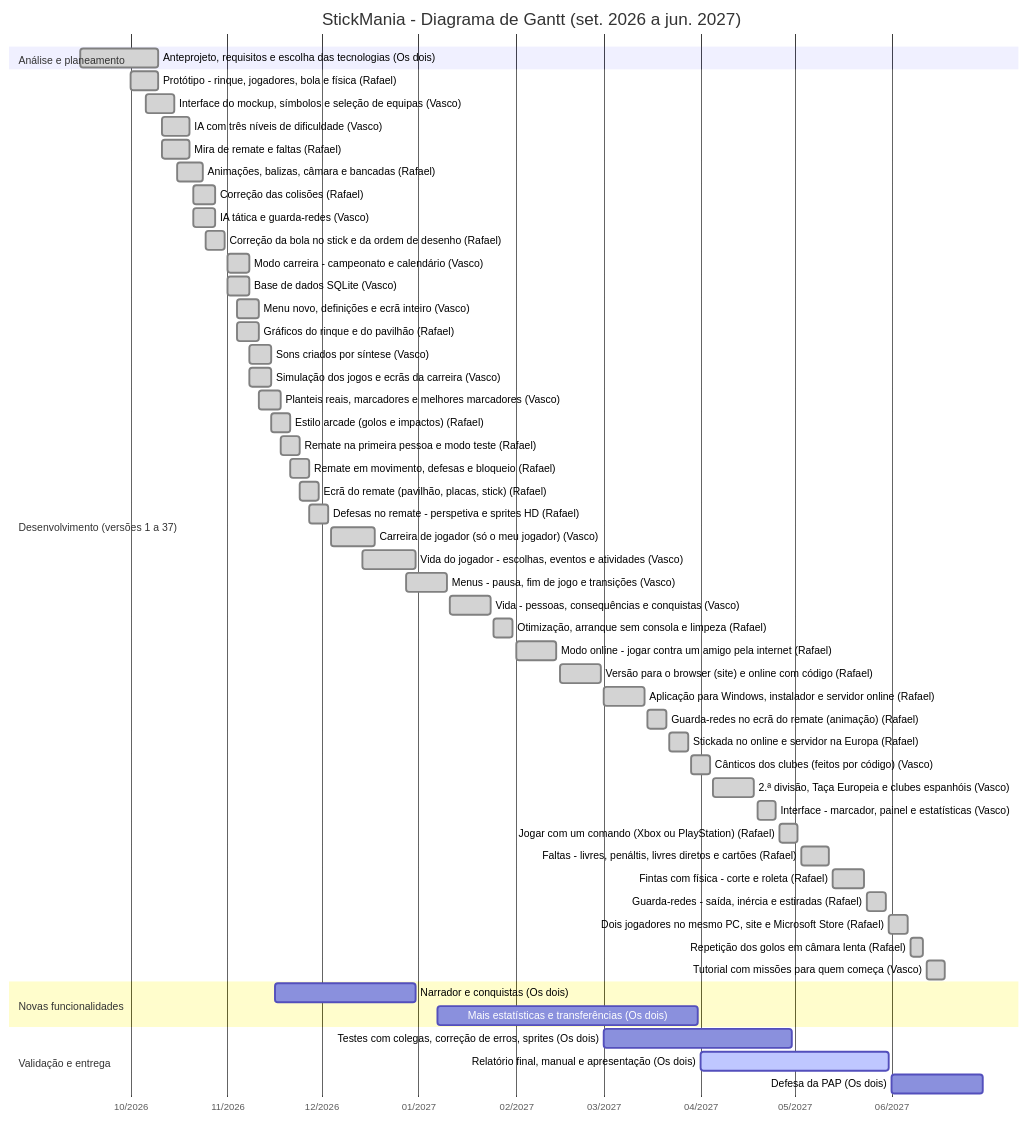
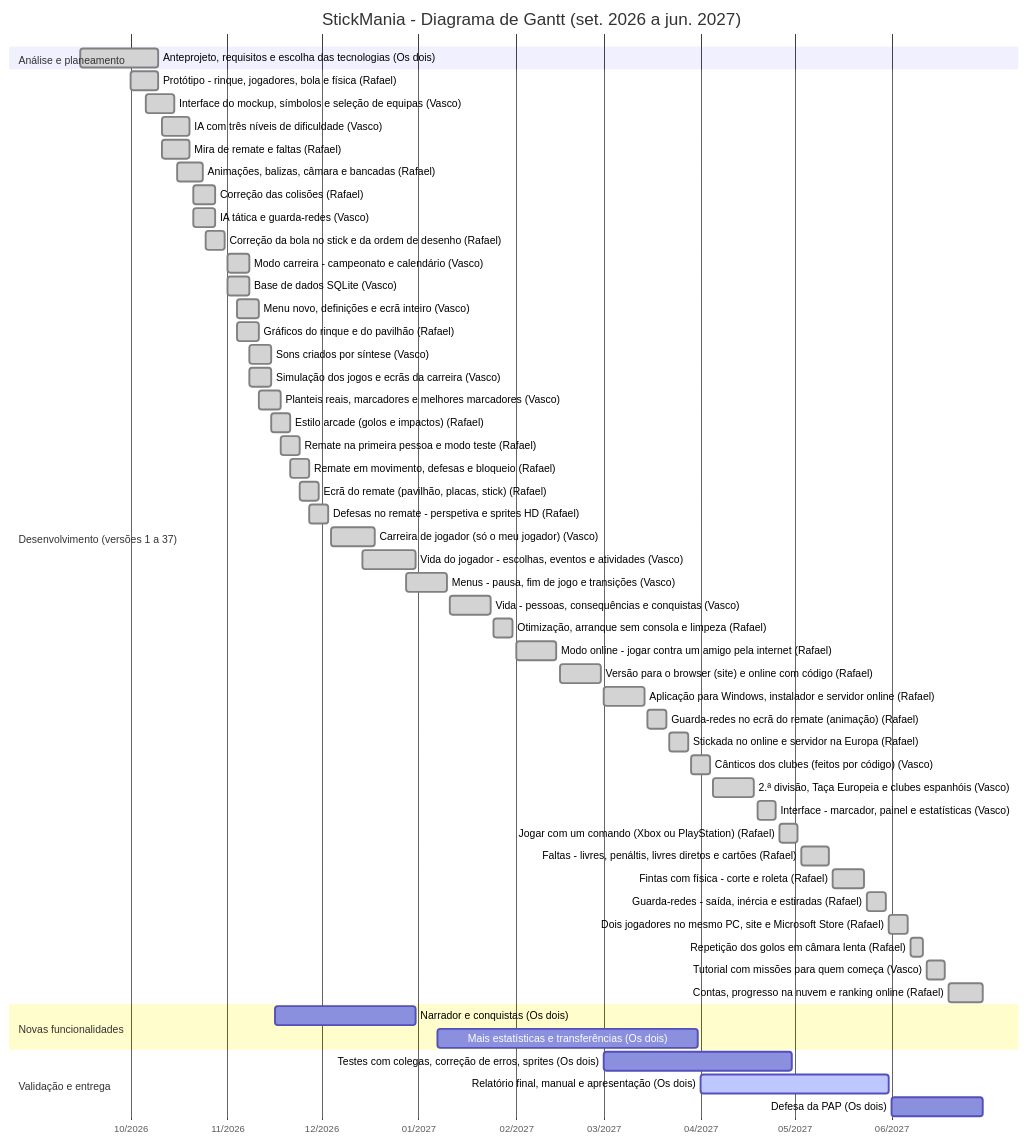
Before and after one commit to RafaelSilveira23/Stickmaniapap: the diagram in docs/GANTT.md, drawn with Mermaid. The commit also changed other lines of this file and 24 other files, not shown here.

Commit message:
v41: contas, progresso na nuvem, ranking online e desafios

````diff
--- a/docs/GANTT.md
+++ b/docs/GANTT.md
@@ -13,58 +13,59 @@
 ```mermaid
 gantt
     title StickMania - Diagrama de Gantt (set. 2026 a jun. 2027)
     dateFormat YYYY-MM-DD
     axisFormat %m/%Y
     tickInterval 1month
     todayMarker off
     section Análise e planeamento
     Anteprojeto, requisitos e escolha das tecnologias (Os dois) :done, t1, 2026-09-15, 2026-10-10
     section Desenvolvimento (versões 1 a 37)
     Protótipo - rinque, jogadores, bola e física (Rafael) :done, t2, 2026-10-01, 2026-10-10
     Interface do mockup, símbolos e seleção de equipas (Vasco) :done, t3, 2026-10-06, 2026-10-15
     IA com três níveis de dificuldade (Vasco) :done, t4, 2026-10-11, 2026-10-20
     Mira de remate e faltas (Rafael) :done, t5, 2026-10-11, 2026-10-20
     Animações, balizas, câmara e bancadas (Rafael) :done, t6, 2026-10-16, 2026-10-24
     Correção das colisões (Rafael) :done, t7, 2026-10-21, 2026-10-28
     IA tática e guarda-redes (Vasco) :done, t8, 2026-10-21, 2026-10-28
     Correção da bola no stick e da ordem de desenho (Rafael) :done, t9, 2026-10-25, 2026-10-31
     Modo carreira - campeonato e calendário (Vasco) :done, t10, 2026-11-01, 2026-11-08
     Base de dados SQLite (Vasco) :done, t11, 2026-11-01, 2026-11-08
     Menu novo, definições e ecrã inteiro (Vasco) :done, t12, 2026-11-04, 2026-11-11
     Gráficos do rinque e do pavilhão (Rafael) :done, t13, 2026-11-04, 2026-11-11
     Sons criados por síntese (Vasco) :done, t14, 2026-11-08, 2026-11-15
     Simulação dos jogos e ecrãs da carreira (Vasco) :done, t15, 2026-11-08, 2026-11-15
     Planteis reais, marcadores e melhores marcadores (Vasco) :done, t16, 2026-11-11, 2026-11-18
     Estilo arcade (golos e impactos) (Rafael) :done, t17, 2026-11-15, 2026-11-21
     Remate na primeira pessoa e modo teste (Rafael) :done, t18, 2026-11-18, 2026-11-24
     Remate em movimento, defesas e bloqueio (Rafael) :done, t19, 2026-11-21, 2026-11-27
     Ecrã do remate (pavilhão, placas, stick) (Rafael) :done, t20, 2026-11-24, 2026-11-30
     Defesas no remate - perspetiva e sprites HD (Rafael) :done, t21, 2026-11-27, 2026-12-03
     Carreira de jogador (só o meu jogador) (Vasco) :done, t22, 2026-12-04, 2026-12-18
     Vida do jogador - escolhas, eventos e atividades (Vasco) :done, t23, 2026-12-14, 2026-12-31
     Menus - pausa, fim de jogo e transições (Vasco) :done, t24, 2026-12-28, 2027-01-10
     Vida - pessoas, consequências e conquistas (Vasco) :done, t25, 2027-01-11, 2027-01-24
     Otimização, arranque sem consola e limpeza (Rafael) :done, t26, 2027-01-25, 2027-01-31
     Modo online - jogar contra um amigo pela internet (Rafael) :done, t27, 2027-02-01, 2027-02-14
     Versão para o browser (site) e online com código (Rafael) :done, t28, 2027-02-15, 2027-02-28
     Aplicação para Windows, instalador e servidor online (Rafael) :done, t29, 2027-03-01, 2027-03-14
     Guarda-redes no ecrã do remate (animação) (Rafael) :done, t30, 2027-03-15, 2027-03-21
     Stickada no online e servidor na Europa (Rafael) :done, t31, 2027-03-22, 2027-03-28
     Cânticos dos clubes (feitos por código) (Vasco) :done, t32, 2027-03-29, 2027-04-04
     2.ª divisão, Taça Europeia e clubes espanhóis (Vasco) :done, t33, 2027-04-05, 2027-04-18
     Interface - marcador, painel e estatísticas (Vasco) :done, t34, 2027-04-19, 2027-04-25
     Jogar com um comando (Xbox ou PlayStation) (Rafael) :done, t35, 2027-04-26, 2027-05-02
     Faltas - livres, penáltis, livres diretos e cartões (Rafael) :done, t36, 2027-05-03, 2027-05-12
     Fintas com física - corte e roleta (Rafael) :done, t37, 2027-05-13, 2027-05-23
     Guarda-redes - saída, inércia e estiradas (Rafael) :done, t38, 2027-05-24, 2027-05-30
     Dois jogadores no mesmo PC, site e Microsoft Store (Rafael) :done, t39, 2027-05-31, 2027-06-06
     Repetição dos golos em câmara lenta (Rafael) :done, t40, 2027-06-07, 2027-06-11
     Tutorial com missões para quem começa (Vasco) :done, t41, 2027-06-12, 2027-06-18
+    Contas, progresso na nuvem e ranking online (Rafael) :done, t42, 2027-06-19, 2027-06-30
     section Novas funcionalidades
-    Narrador e conquistas (Os dois) :t42, 2026-11-16, 2026-12-31
-    Mais estatísticas e transferências (Os dois) :t43, 2027-01-07, 2027-03-31
+    Narrador e conquistas (Os dois) :t43, 2026-11-16, 2026-12-31
+    Mais estatísticas e transferências (Os dois) :t44, 2027-01-07, 2027-03-31
     section Validação e entrega
-    Testes com colegas, correção de erros, sprites (Os dois) :t44, 2027-03-01, 2027-04-30
-    Relatório final, manual e apresentação (Os dois) :active, t45, 2027-04-01, 2027-05-31
-    Defesa da PAP (Os dois) :t46, 2027-06-01, 2027-06-30
+    Testes com colegas, correção de erros, sprites (Os dois) :t45, 2027-03-01, 2027-04-30
+    Relatório final, manual e apresentação (Os dois) :active, t46, 2027-04-01, 2027-05-31
+    Defesa da PAP (Os dois) :t47, 2027-06-01, 2027-06-30
 ```
````
